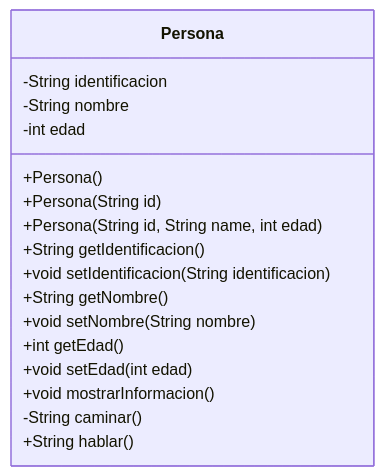
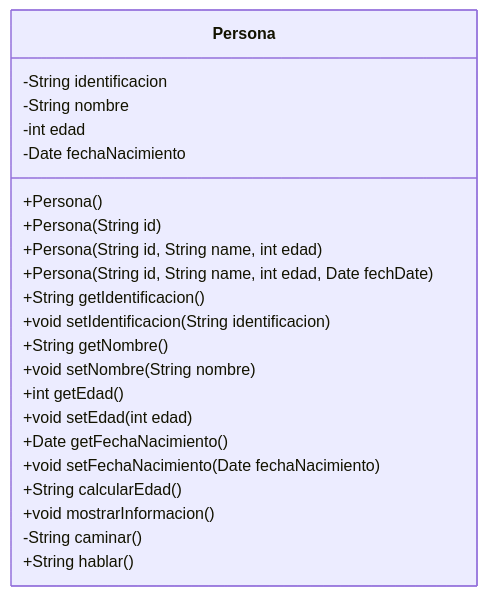
One commit to uniajc-gperezm/poo-g412 changed the first of 5 diagrams in README.md. Above: the diagram before and after it, drawn with Mermaid. The commit also changed other lines of this file, not shown here.

Commit message:
diagrama de clase de sede

````diff
--- a/README.md
+++ b/README.md
@@ -8,20 +8,25 @@
 ```mermaid
 classDiagram
     class Persona {
         -String identificacion
         -String nombre
         -int edad
+        -Date fechaNacimiento
         +Persona()
         +Persona(String id)
         +Persona(String id, String name, int edad)
+        +Persona(String id, String name, int edad, Date fechDate)
         +String getIdentificacion()
         +void setIdentificacion(String identificacion)
         +String getNombre()
         +void setNombre(String nombre)
         +int getEdad()
         +void setEdad(int edad)
+        +Date getFechaNacimiento()
+        +void setFechaNacimiento(Date fechaNacimiento)
+        +String calcularEdad()
         +void mostrarInformacion()
         -String caminar()
         +String hablar()
     }
 ```
````
